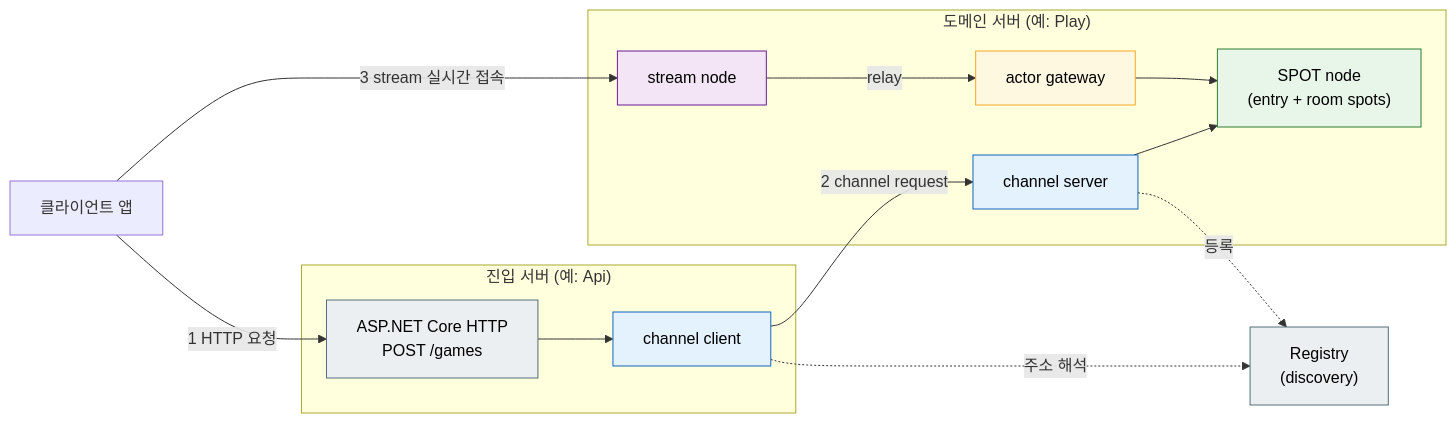
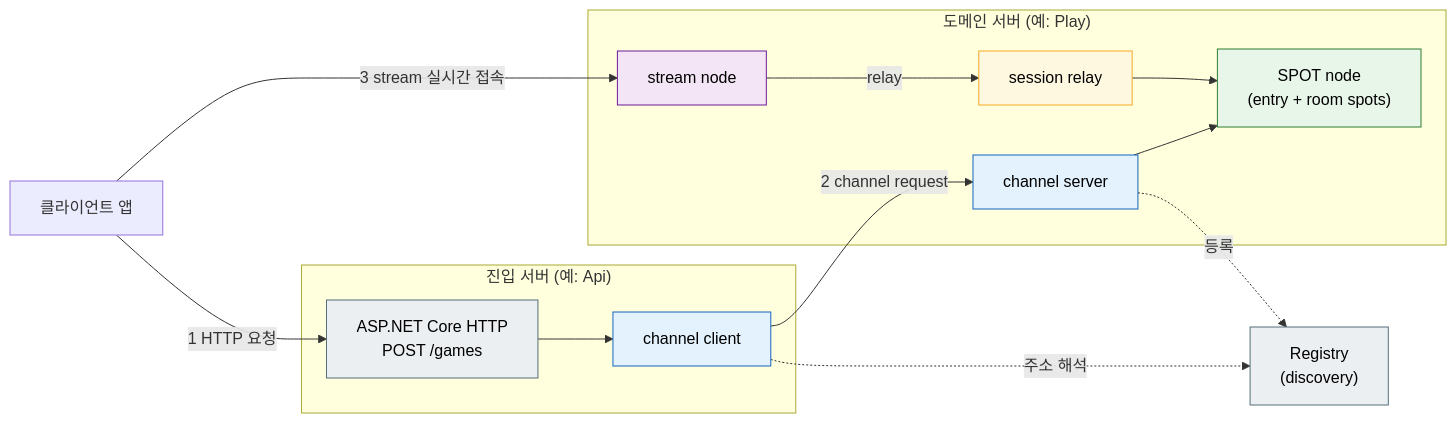
Before and after one commit to kairos-code-dev/zlink: the second of 2 diagrams in framework/doc/framework/dotnet/guide/01-overview.ko.md, drawn with Mermaid. The commit also changed other lines of this file and 212 other files, not shown here.

Commit message:
Remove framework session relay attach surface

````diff
--- a/framework/doc/framework/dotnet/guide/01-overview.ko.md
+++ b/framework/doc/framework/dotnet/guide/01-overview.ko.md
@@ -253,30 +253,30 @@
 ```mermaid
 flowchart LR
     Client["클라이언트 앱"]
     subgraph Api["진입 서버 (예: Api)"]
         HTTP["ASP.NET Core HTTP<br/>POST /games"]:::infra
         ApiC["channel client"]:::channel
     end
     subgraph Core["도메인 서버 (예: Play)"]
         CoreS["channel server"]:::channel
         SpotN["SPOT node<br/>(entry + room spots)"]:::spot
         StreamN["stream node"]:::stream
-        ActorG["actor gateway"]:::actor
+        ActorG["session relay"]:::actor
     end
     Registry["Registry<br/>(discovery)"]:::infra
 
     Client -- "1 HTTP 요청" --> HTTP
     HTTP --> ApiC
     ApiC -- "2 channel request" --> CoreS
     CoreS --> SpotN
     Client -- "3 stream 실시간 접속" --> StreamN
     StreamN -- "relay" --> ActorG --> SpotN
     ApiC -.->|"주소 해석"| Registry
     CoreS -.->|등록| Registry
 
     classDef channel fill:#e3f2fd,stroke:#1565c0,color:#000000
     classDef spot fill:#e8f5e9,stroke:#2e7d32,color:#000000
     classDef actor fill:#fff8e1,stroke:#f9a825,color:#000000
     classDef stream fill:#f3e5f5,stroke:#6a1b9a,color:#000000
     classDef infra fill:#eceff1,stroke:#546e7a,color:#000000
 ```
````
